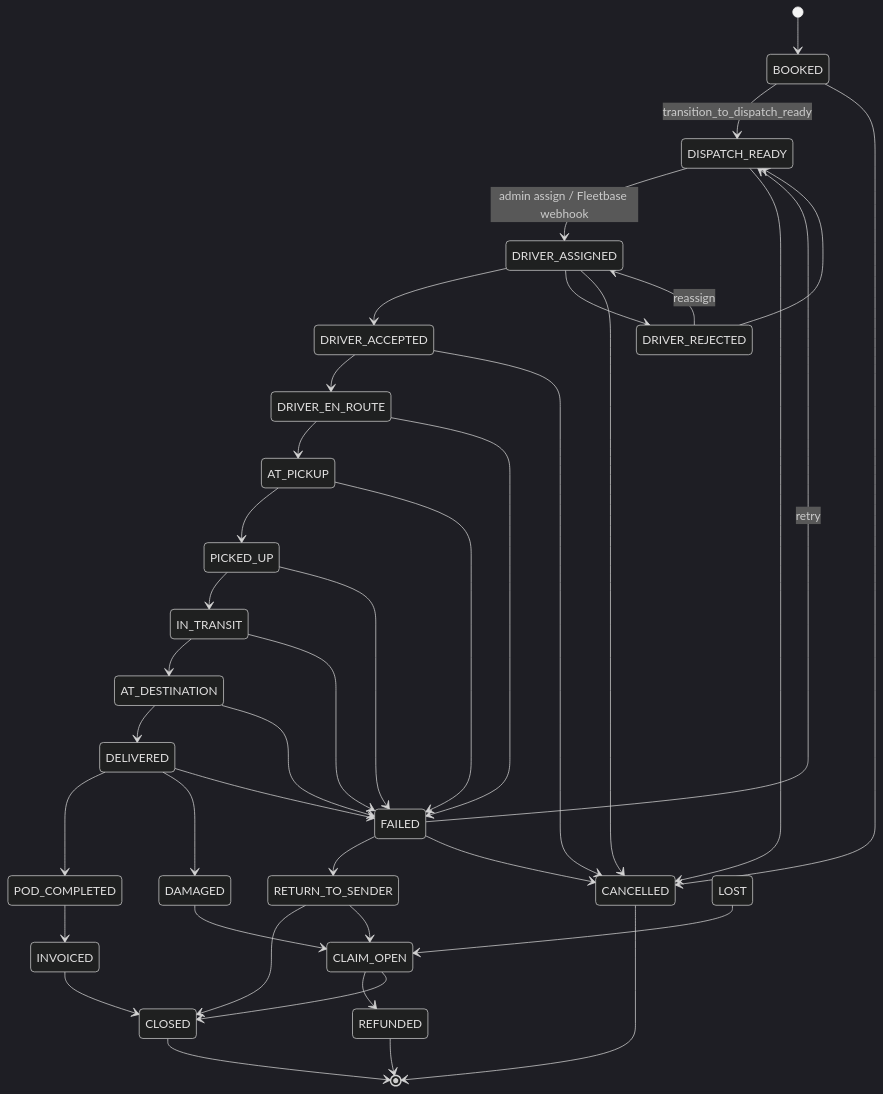
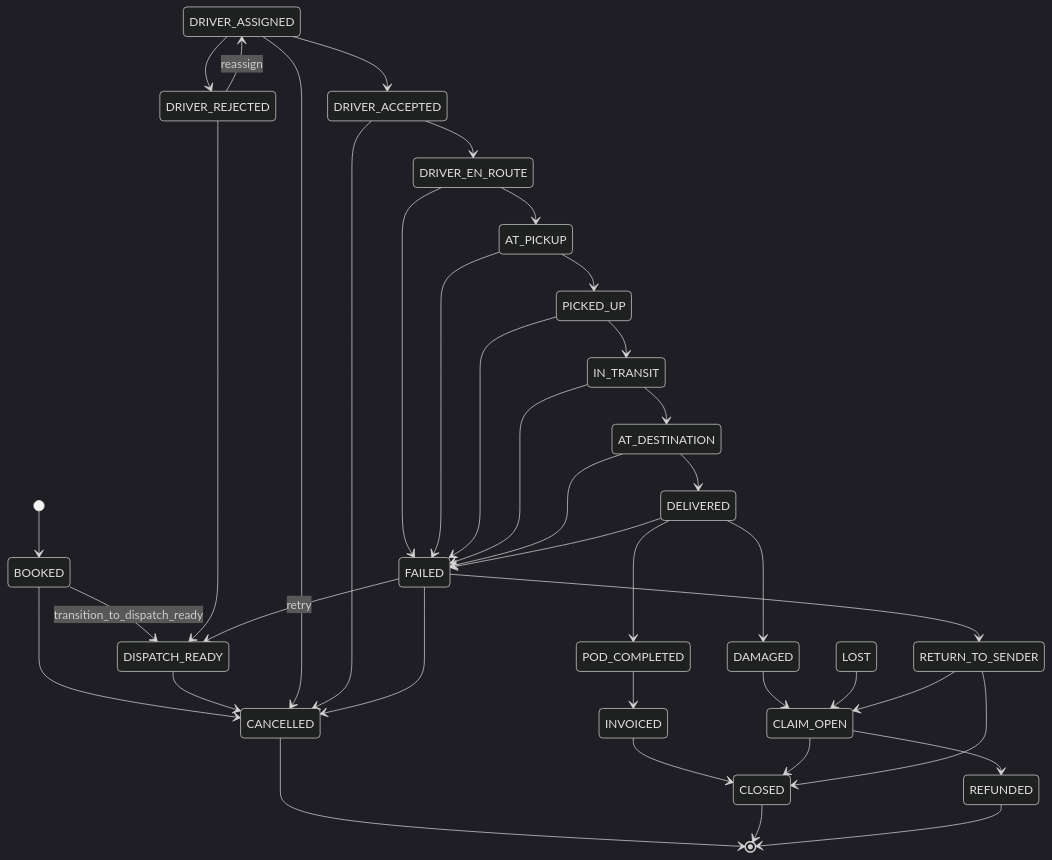
The diagram in docs/architecture/mermaid/order_lifecycle.mmd (PORTERCHAIN-INC/PCD), drawn with Mermaid (dark theme) before and after one commit. The commit also changed 38 other files, not shown here.

First line of the commit message:
docs: drop COD/Fleetbase/Stripe Connect references, regenerate graphify report

```diff
--- a/docs/architecture/mermaid/order_lifecycle.mmd
+++ b/docs/architecture/mermaid/order_lifecycle.mmd
@@ -1,40 +1,39 @@
 stateDiagram-v2
   [*] --> BOOKED
   BOOKED --> DISPATCH_READY: transition_to_dispatch_ready
   BOOKED --> CANCELLED
-  DISPATCH_READY --> DRIVER_ASSIGNED: admin assign / Fleetbase webhook
   DISPATCH_READY --> CANCELLED
   DRIVER_ASSIGNED --> DRIVER_ACCEPTED
   DRIVER_ASSIGNED --> DRIVER_REJECTED
   DRIVER_ASSIGNED --> CANCELLED
   DRIVER_REJECTED --> DRIVER_ASSIGNED: reassign
   DRIVER_REJECTED --> DISPATCH_READY
   DRIVER_ACCEPTED --> DRIVER_EN_ROUTE
   DRIVER_ACCEPTED --> CANCELLED
   DRIVER_EN_ROUTE --> AT_PICKUP
   DRIVER_EN_ROUTE --> FAILED
   AT_PICKUP --> PICKED_UP
   AT_PICKUP --> FAILED
   PICKED_UP --> IN_TRANSIT
   PICKED_UP --> FAILED
   IN_TRANSIT --> AT_DESTINATION
   IN_TRANSIT --> FAILED
   AT_DESTINATION --> DELIVERED
   AT_DESTINATION --> FAILED
   DELIVERED --> POD_COMPLETED
   DELIVERED --> DAMAGED
   DELIVERED --> FAILED
   POD_COMPLETED --> INVOICED
   INVOICED --> CLOSED
   FAILED --> DISPATCH_READY: retry
   FAILED --> RETURN_TO_SENDER
   FAILED --> CANCELLED
   DAMAGED --> CLAIM_OPEN
   LOST --> CLAIM_OPEN
   CLAIM_OPEN --> REFUNDED
   CLAIM_OPEN --> CLOSED
   RETURN_TO_SENDER --> CLOSED
   RETURN_TO_SENDER --> CLAIM_OPEN
   CANCELLED --> [*]
   CLOSED --> [*]
   REFUNDED --> [*]
```
